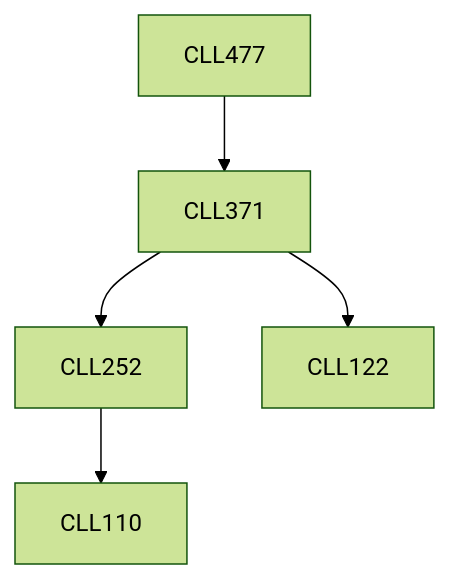
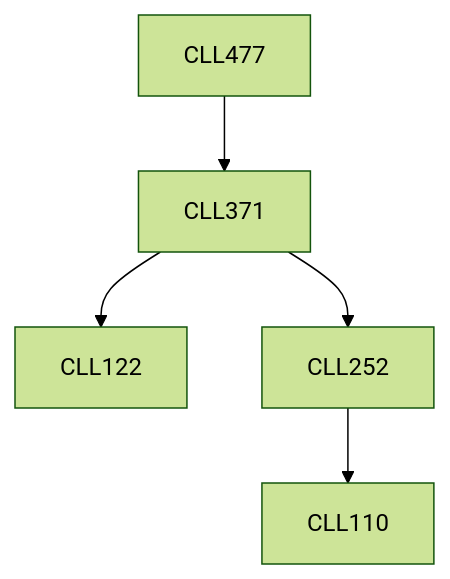
One commit to KeshavBansal0122/CoS_Website changed the diagram in content/Chemical Engineering/CLL477.md. Above: the diagram before and after it, drawn with Mermaid (forest theme). The commit also changed other lines of this file and 2667 other files, not shown here.

````diff
--- a/content/Chemical Engineering/CLL477.md
+++ b/content/Chemical Engineering/CLL477.md
@@ -15,7 +13,11 @@
 ```mermaid
-graph TD
-CLL477 --> CLL371
-CLL371 --> CLL252
-CLL252 --> CLL110
-CLL371 --> CLL122
+flowchart TD
+CLL477-125[CLL477]
+CLL477-125 --> CLL371-125[CLL371]
+CLL371-125 --> CLL122-125[CLL122]
+CLL252-125 --> CLL110-125[CLL110]
+CLL371-125 --> CLL252-125[CLL252]
+
+classDef empty height:17px, fill:transparent, stroke:transparent;
+classDef trueEmpty height:0px, width:0px;
 ```
````
